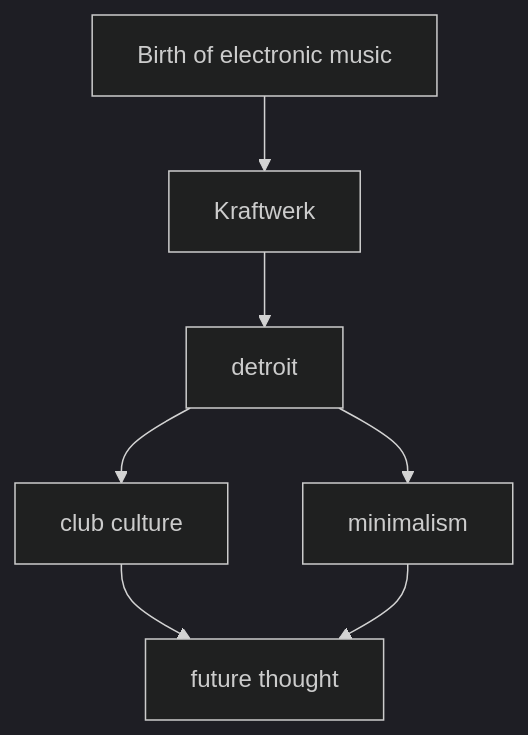
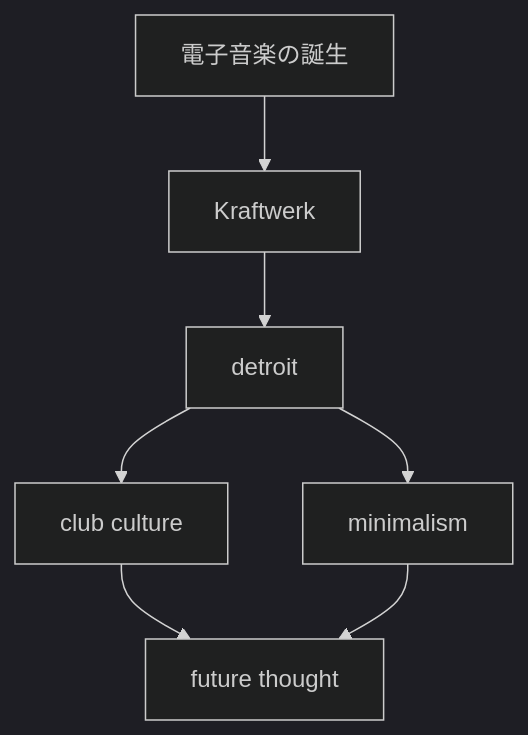
One commit to monumental-movement/monumental-movement.github.io changed the diagram in en/_posts/2026-03-14-column-the-philosophy-of-techno.md. Above: the diagram before and after it, drawn with Mermaid (dark theme). The commit also changed other lines of this file and 2196 other files, not shown here.

```diff
--- a/en/_posts/2026-03-14-column-the-philosophy-of-techno.md
+++ b/en/_posts/2026-03-14-column-the-philosophy-of-techno.md
@@ -360,17 +360,17 @@
 <div class="mermaid">
 graph TD
-A[Birth of electronic music]
+A[電子音楽の誕生]
 B[Kraftwerk]
 C[detroit]
 D[club culture]
 E[minimalism]
 F[future thought]
 
 A --> B
 B --> C
 C --> D
 C --> E
 D --> F
 E --> F
 
 </div>
```
